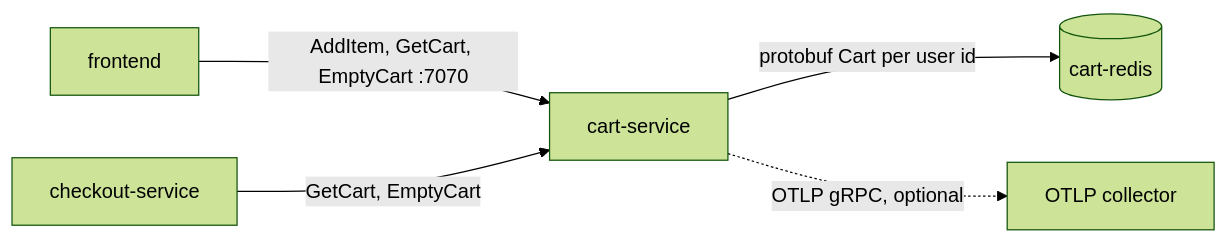
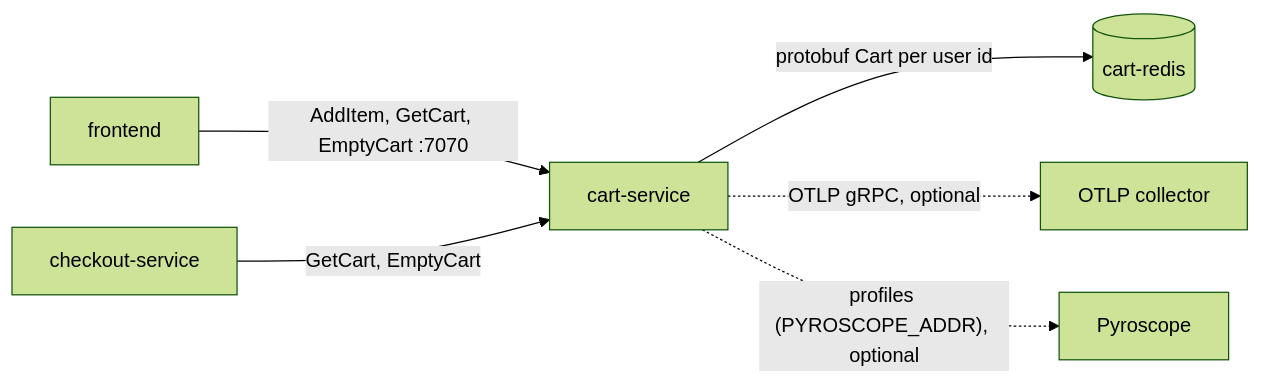
The first of 2 diagrams in docs/architecture.md (platform-boutique/app-cart-service), drawn with Mermaid (forest theme) before and after one commit. The commit also changed other lines of this file and 23 other files, not shown here.

````diff
--- a/docs/architecture.md
+++ b/docs/architecture.md
@@ -5,7 +5,8 @@
 ```mermaid
 flowchart LR
     fe[frontend] -- "AddItem, GetCart, EmptyCart :7070" --> cart[cart-service]
     co[checkout-service] -- "GetCart, EmptyCart" --> cart
     cart -- "protobuf Cart per user id" --> redis[(cart-redis)]
     cart -. "OTLP gRPC, optional" .-> otel[OTLP collector]
+    cart -. "profiles (PYROSCOPE_ADDR), optional" .-> pyro[Pyroscope]
 ```
````
